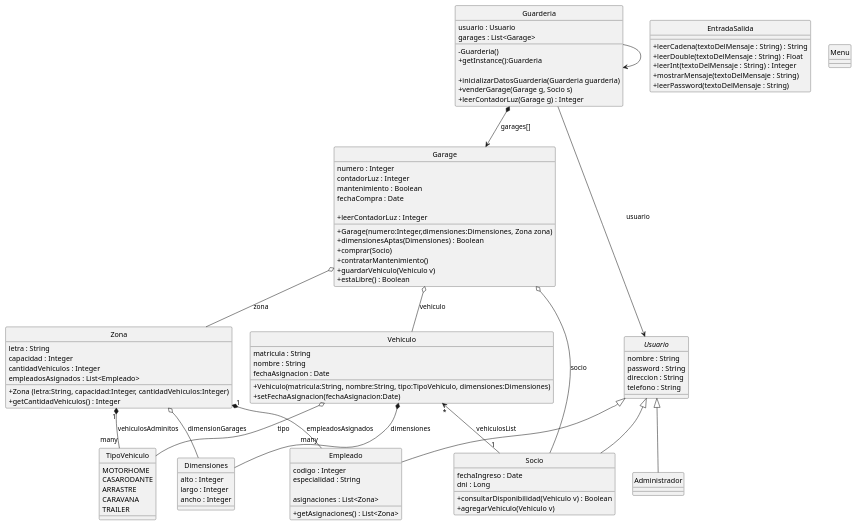
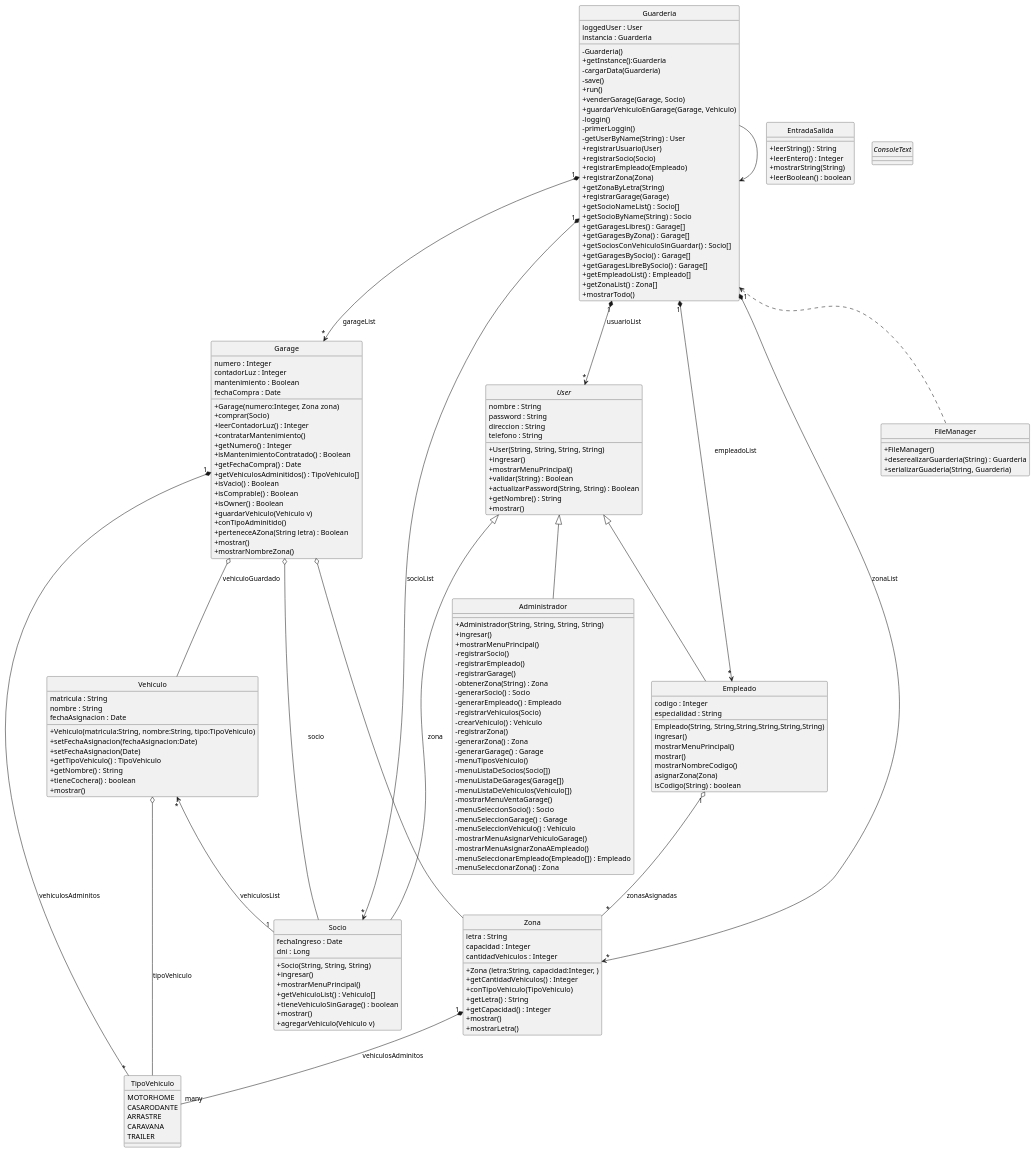
Before and after one commit to LeandroFulvio/inspt-p2-guarderia-central: the diagram in resources/plantuml.puml, drawn with PlantUML. The commit also changed 2 other files, not shown here.

Commit message:
Actualizacion Documentacion Modelo UML

```diff
--- a/resources/plantuml.puml
+++ b/resources/plantuml.puml
@@ -5,10 +5,9 @@
 skinparam monochrome true
 skinparam shadowing false
 
-/'Class07 .. Class08'/
+/'Class07 <.. Class08'/
 
-
-enum      TipoVehiculo {
+enum TipoVehiculo {
   MOTORHOME
   CASARODANTE
   ARRASTRE
@@ -16,29 +15,25 @@
   TRAILER
 }
 
-class     Dimensiones {
-  alto : Integer
-  largo : Integer
-  ancho : Integer
-}
 /'
-**** Vehiculo Composicion con Dimensiones ****
 **** Vehiculo Agregacion con TipoVehiculo ****
 '/
-Vehiculo o-- TipoVehiculo : tipo
-Vehiculo *-- Dimensiones : dimensiones
+Vehiculo o-- TipoVehiculo : tipoVehiculo
+Vehiculo "*" <-- "1" Socio : vehiculosList
 
 class Vehiculo {
   matricula : String
   nombre : String
   fechaAsignacion : Date
 
-    + Vehiculo(matricula:String, nombre:String, tipo:TipoVehiculo, dimensiones:Dimensiones)
+    + Vehiculo(matricula:String, nombre:String, tipo:TipoVehiculo)
     + setFechaAsignacion(fechaAsignacion:Date)
-
+    + setFechaAsignacion(Date)
+    + getTipoVehiculo() : TipoVehiculo
+    + getNombre() : String
+    + tieneCochera() : boolean
+    + mostrar()
 }
-
-Vehiculo "*" <-- "1" Socio : vehiculosList
 
 class     Garage {
   numero : Integer
@@ -46,110 +41,186 @@
   mantenimiento : Boolean
   fechaCompra : Date
 
-    + Garage(numero:Integer,dimensiones:Dimensiones, Zona zona)
-    + dimensionesAptas(Dimensiones) : Boolean
+    + Garage(numero:Integer, Zona zona)
     + comprar(Socio)
-    + leerContadorLuz : Integer
+    + leerContadorLuz() : Integer
     + contratarMantenimiento()
+    + getNumero() : Integer
+    + isMantenimientoContratado() : Boolean
+    + getFechaCompra() : Date
+    + getVehiculosAdminitidos() : TipoVehiculo[]
+    + isVacio() : Boolean
+    + isComprable() : Boolean
+    + isOwner() : Boolean
     + guardarVehiculo(Vehiculo v)
-    + estaLibre() : Boolean
+    + conTipoAdminitido()
+    + perteneceAZona(String letra) : Boolean
+    + mostrar()
+    + mostrarNombreZona()
 
 }
 /'
 **** Garage Composicion con Vehiculo ****
 **** Garage Agregacion con Zona ****
 '/
-Garage o-- Vehiculo : vehiculo
+Garage o-- Vehiculo : vehiculoGuardado
 Garage o-- Zona : zona
 Garage o-- Socio : socio
+Garage "1" *-- "*" TipoVehiculo : vehiculosAdminitos
 /'
 **** Garage Agregacion con Socio **** ?? No se si es ideal...
 '/
 
 class     Guarderia {
-  usuario : Usuario
-  garages : List<Garage>
+  loggedUser : User
+  instancia : Guarderia
 
     -Guarderia()
     +getInstance():Guarderia
-
-    + inicializarDatosGuarderia(Guarderia guarderia)
-    + venderGarage(Garage g, Socio s)
-    + leerContadorLuz(Garage g) : Integer
-
+    -cargarData(Guarderia)
+    -save()
+    +run()
+    +venderGarage(Garage, Socio)
+    +guardarVehiculoEnGarage(Garage, Vehiculo)
+    -loggin()
+    -primerLoggin()
+    -getUserByName(String) : User
+    +registrarUsuario(User)
+    +registrarSocio(Socio)
+    +registrarEmpleado(Empleado)
+    +registrarZona(Zona)
+    +getZonaByLetra(String)
+    +registrarGarage(Garage)
+    +getSocioNameList() : Socio[]
+    +getSocioByName(String) : Socio
+    +getGaragesLibres() : Garage[]
+    +getGaragesByZona() : Garage[]
+    +getSociosConVehiculoSinGuardar() : Socio[]
+    +getGaragesBySocio() : Garage[]
+    +getGaragesLibreBySocio() : Garage[]
+    +getEmpleadoList() : Empleado[]
+    +getZonaList() : Zona[]
+    +mostrarTodo()
 }
 
 Guarderia --> Guarderia
-Guarderia *--> Garage : garages[]
-Guarderia --> Usuario : usuario
+Guarderia "1" *--> "*" Garage : garageList
+Guarderia "1" *--> "*" Zona : zonaList
+Guarderia "1" *--> "*" Empleado : empleadoList
+Guarderia "1" *--> "*" Socio : socioList
+Guarderia "1" *--> "*" User : usuarioList
 
 class     Zona {
   letra : String
   capacidad : Integer
   cantidadVehiculos : Integer
-  empleadosAsignados : List<Empleado>
 
-  + Zona (letra:String, capacidad:Integer, cantidadVehiculos:Integer)
+    + Zona (letra:String, capacidad:Integer, )
     + getCantidadVehiculos() : Integer
+    + conTipoVehiculo(TipoVehiculo)
+    + getLetra() : String
+    + getCapacidad() : Integer
+    + mostrar()
+    + mostrarLetra()
+}
+
+Zona "1" *-- "many" TipoVehiculo : vehiculosAdminitos
 
 
-}
-
-Zona o-- Dimensiones : dimensionGarages
-Zona "1" *-- "many" TipoVehiculo : vehiculosAdminitos
-Zona "1" *-- "many" Empleado : empleadosAsignados
-
-
-abstract class Usuario {
+abstract class User {
   nombre : String
   password : String
   direccion : String
   telefono : String
+
+  + User(String, String, String, String)
+  + ingresar()
+  + mostrarMenuPrincipal()
+  + validar(String) : Boolean
+  + actualizarPassword(String, String) : Boolean
+  + getNombre() : String
+  + mostrar()
 }
 
 class     Socio {
   fechaIngreso : Date
   dni : Long
 
-    + consultarDisponibilidad(Vehiculo v) : Boolean
+    + Socio(String, String, String)
+    + ingresar()
+    + mostrarMenuPrincipal()
+    + getVehiculoList() : Vehiculo[]
+    + tieneVehiculoSinGarage() : boolean
+    + mostrar()
     + agregarVehiculo(Vehiculo v)
-
 }
 
 class     Empleado {
   codigo : Integer
   especialidad : String
 
-  asignaciones : List<Zona>
-
-    + getAsignaciones() : List<Zona>
-
-
+    Empleado(String, String,String,String,String,String)
+    ingresar()
+    mostrarMenuPrincipal()
+    mostrar()
+    mostrarNombreCodigo()
+    asignarZona(Zona)
+    isCodigo(String) : boolean
 
 }
 
+Empleado "1" o-- "*" Zona : zonasAsignadas
+
 class     Administrador {
+    + Administrador(String, String, String, String)
+    + ingresar()
+    + mostrarMenuPrincipal()
+    - registrarSocio()
+    - registrarEmpleado()
+    - registrarGarage()
+    - obtenerZona(String) : Zona
+    - generarSocio() : Socio
+    - generarEmpleado() : Empleado
+    - registrarVehiculos(Socio)
+    - crearVehiculo() : Vehiculo
+    - registrarZona()
+    - generarZona() : Zona
+    - generarGarage() : Garage
+    - menuTiposVehiculo()
+    - menuListaDeSocios(Socio[])
+    - menuListaDeGarages(Garage[])
+    - menuListaDeVehiculos(Vehiculo[])
+    - mostrarMenuVentaGarage()
+    - menuSeleccionSocio() : Socio
+    - menuSeleccionGarage() : Garage
+    - menuSeleccionVehiculo() : Vehiculo
+    - mostrarMenuAsignarVehiculoGarage()
+    - mostrarMenuAsignarZonaAEmpleado()
+    - menuSeleccionarEmpleado(Empleado[]) : Empleado
+    - menuSeleccionarZona() : Zona
+}
+/' DEPENENCIAS DE ADMINISTRADOR CON EL RESTO DEL SISTEMA? '/
 
+User <|-- Administrador
+User <|-- Empleado
+User <|-- Socio
 
+class EntradaSalida {
+  +leerString() : String
+  +leerEntero() : Integer
+  +mostrarString(String)
+  +leerBoolean() : boolean
 }
 
-Usuario <|-- Administrador
-Usuario <|-- Empleado
-Usuario <|-- Socio
-
-
-Class EntradaSalida {
-  +leerCadena(textoDelMensaje : String) : String
-  +leerDouble(textoDelMensaje : String) : Float
-  +leerInt(textoDelMensaje : String) : Integer
-  +mostrarMensaje(textoDelMensaje : String)
-  +leerPassword(textoDelMensaje : String)
+abstract class ConsoleText {
 }
 
-Class Menu {
-
-
+class FileManager {
+    + FileManager()
+    + deserealizarGuarderia(String) : Guarderia
+    + serializarGuaderia(String, Guarderia)
 }
 
+Guarderia <.. FileManager
 
 @enduml
```
